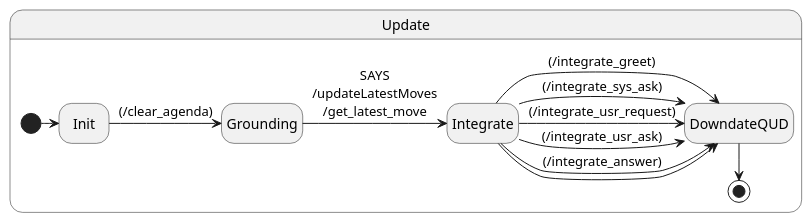
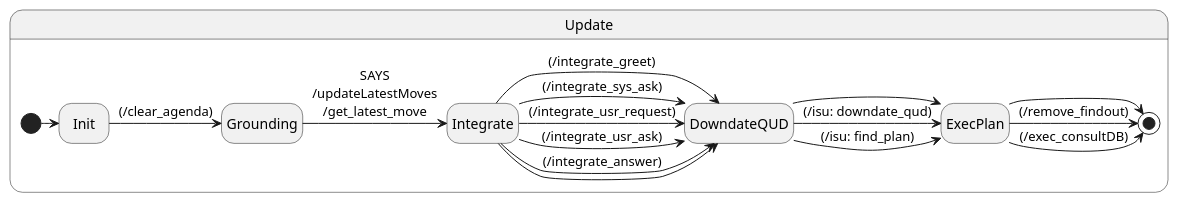
Before and after one commit to GU-CLASP/sisu: the fourth of 4 diagrams in reports/iwsds2025/iwsds2025.org, drawn with PlantUML. The commit also changed other lines of this file and 3 other files, not shown here.

```diff
--- a/reports/iwsds2025/iwsds2025.org
+++ b/reports/iwsds2025/iwsds2025.org
@@ -104,16 +172,21 @@
 #+begin_src plantuml :results value file :file img/update.pdf :exports results
   hide empty description
   state Update {
     [*] -> Init 
     Init -> Grounding: (/clear_agenda)
     Grounding -> Integrate: SAYS\n/updateLatestMoves\n/get_latest_move 
     Integrate -> DowndateQUD: (/integrate_usr_request)
     Integrate -> DowndateQUD: (/integrate_sys_ask)
     Integrate -> DowndateQUD: (/integrate_usr_ask)
     Integrate -> DowndateQUD: (/integrate_answer)
     Integrate -> DowndateQUD: (/integrate_greet)
     Integrate -> DowndateQUD
-    DowndateQUD --> [*]
+    DowndateQUD -> ExecPlan: (/isu: downdate_qud)
+    DowndateQUD -> ExecPlan: (/isu: find_plan)
+    DowndateQUD -> ExecPlan 
+    ExecPlan -> [*]: (/remove_findout)
+    ExecPlan -> [*]: (/exec_consultDB)
+    ExecPlan -> [*]
   }
 
 #+end_src
```
